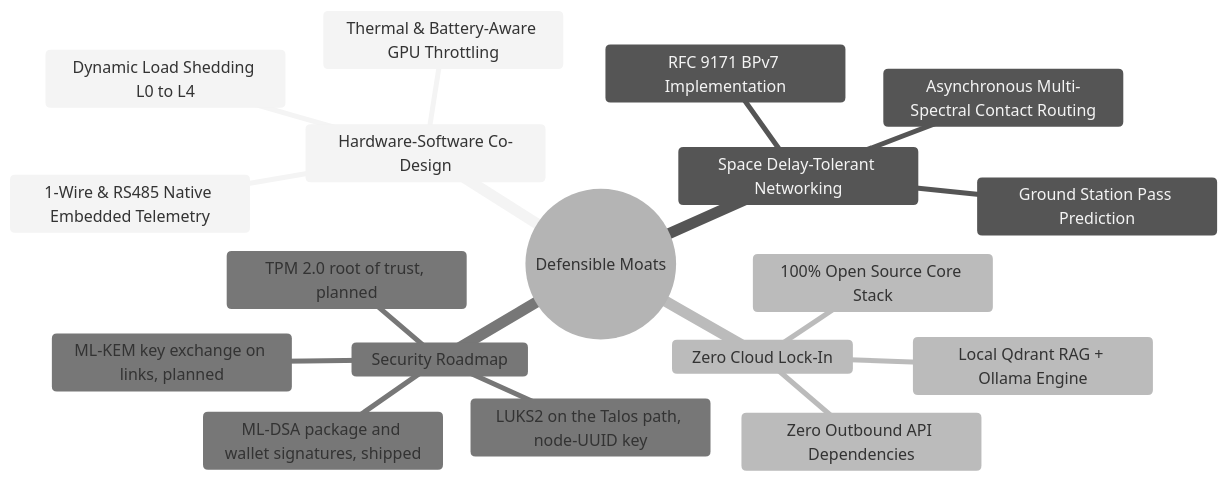
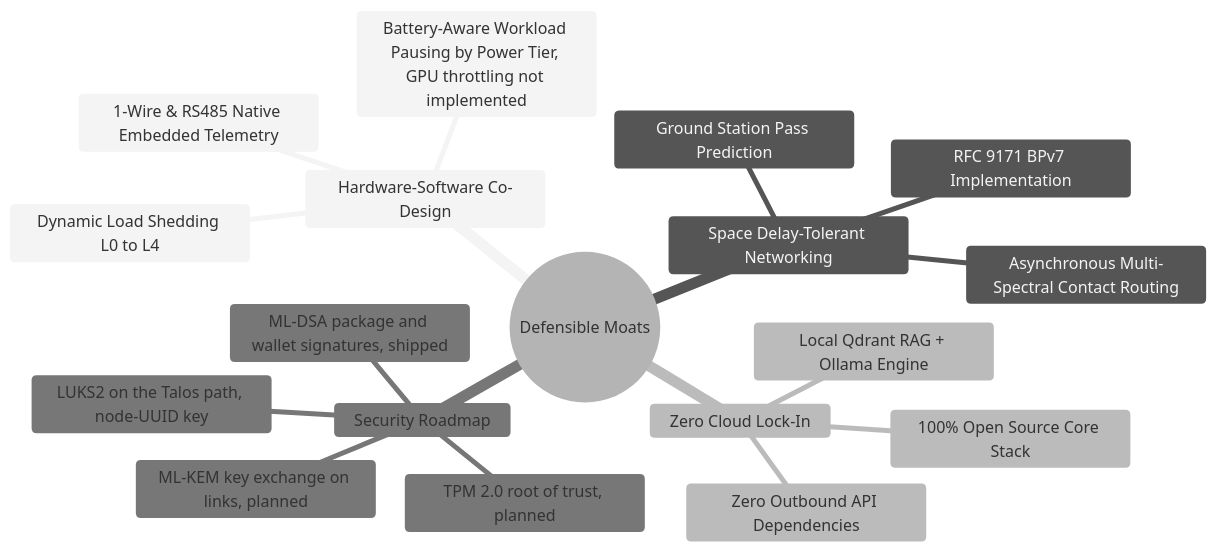
The fifth of 5 diagrams in COMMERCIALIZATION.md (iliachry/sovereign-mini-datacenter), drawn with Mermaid (neutral theme) before and after one commit. The commit also changed other lines of this file and 57 other files, not shown here.

````diff
--- a/COMMERCIALIZATION.md
+++ b/COMMERCIALIZATION.md
@@ -180,21 +180,21 @@
 ```mermaid
 mindmap
   root((Defensible Moats))
     Hardware-Software Co-Design
       Dynamic Load Shedding L0 to L4
-      Thermal & Battery-Aware GPU Throttling
+      Battery-Aware Workload Pausing by Power Tier, GPU throttling not implemented
       1-Wire & RS485 Native Embedded Telemetry
     Space Delay-Tolerant Networking
       RFC 9171 BPv7 Implementation
       Ground Station Pass Prediction
       Asynchronous Multi-Spectral Contact Routing
     Zero Cloud Lock-In
       100% Open Source Core Stack
       Local Qdrant RAG + Ollama Engine
       Zero Outbound API Dependencies
     Security Roadmap
       ML-DSA package and wallet signatures, shipped
       TPM 2.0 root of trust, planned
       ML-KEM key exchange on links, planned
       LUKS2 on the Talos path, node-UUID key
 ```
````
